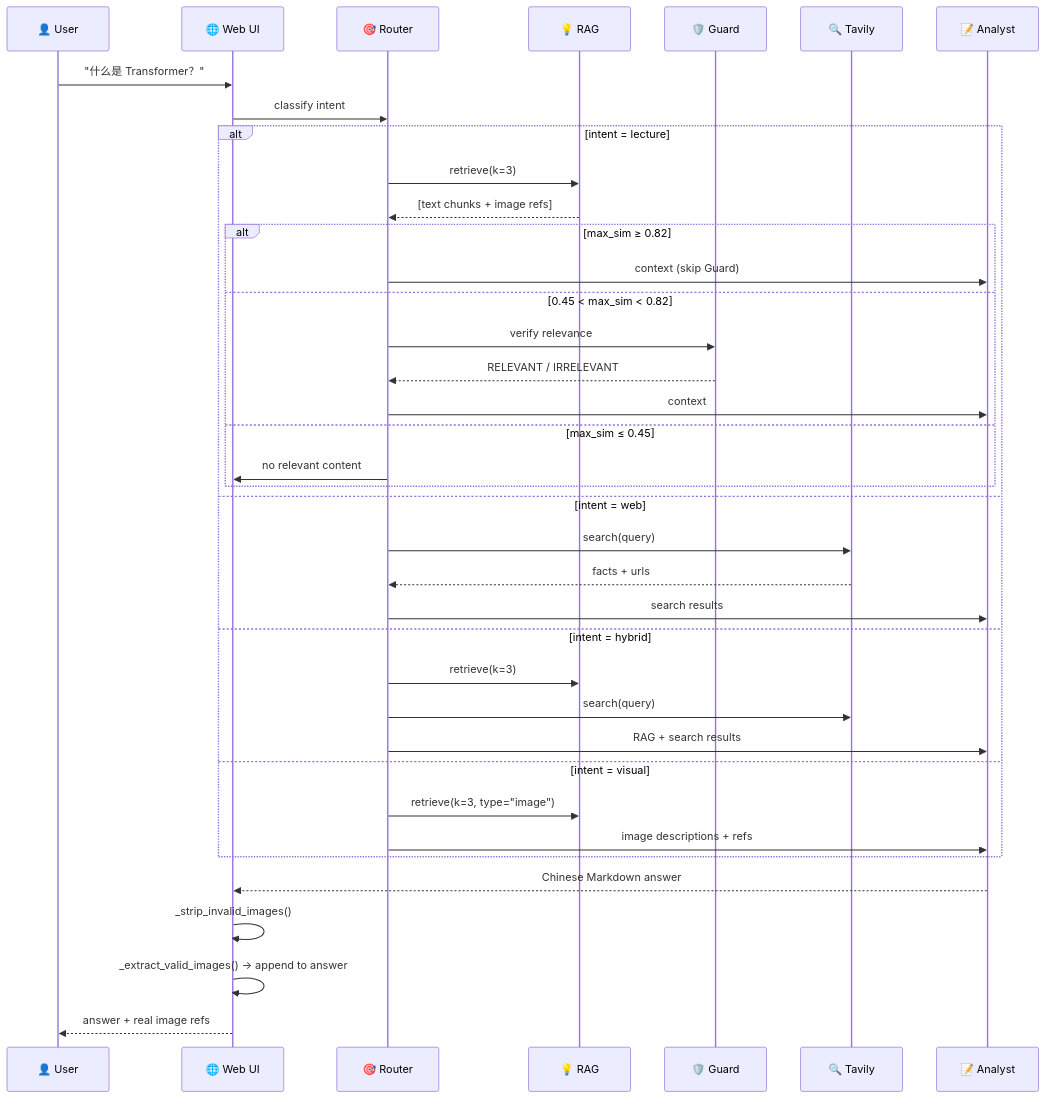
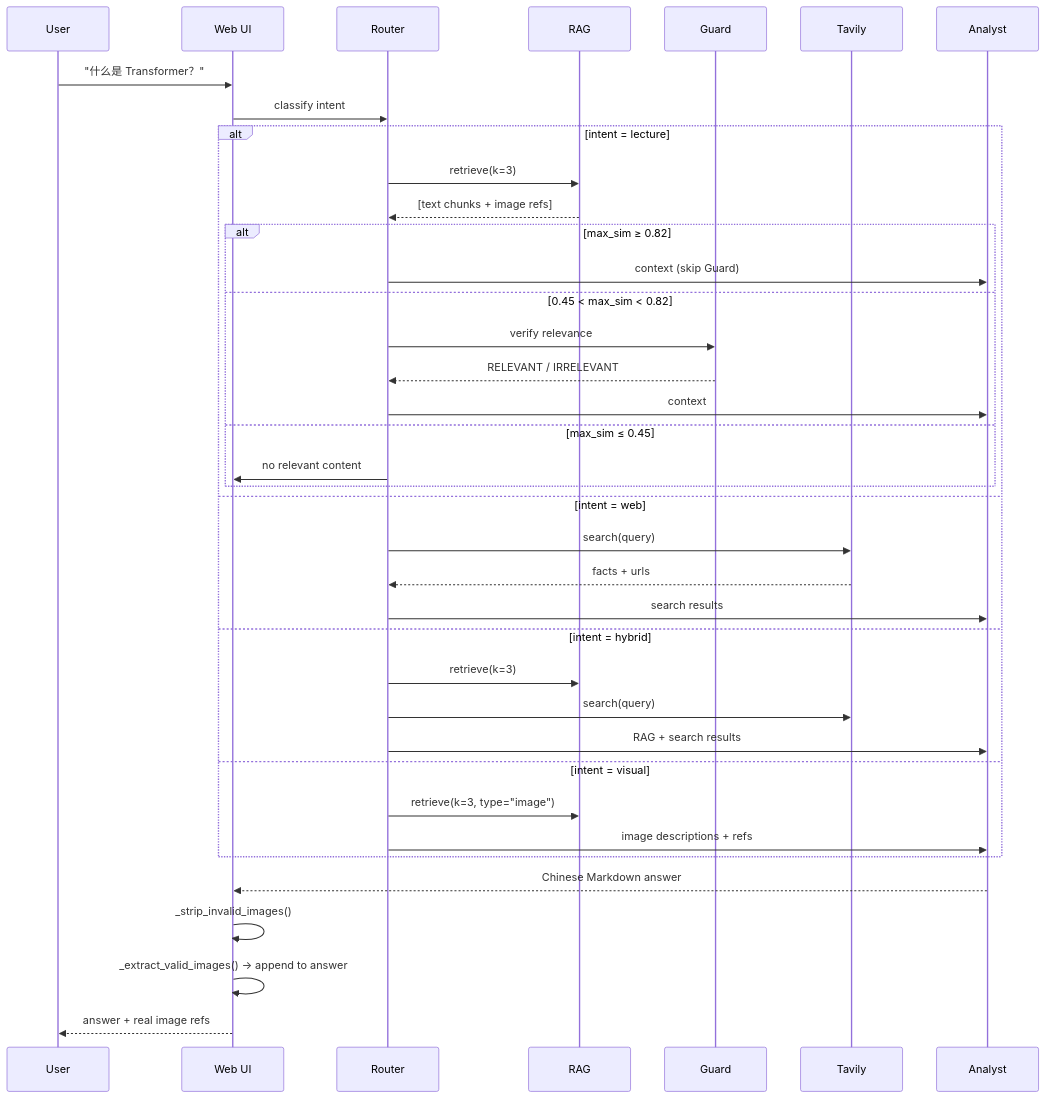
The third of 5 diagrams in picts/diagrams.md (spirit-revenge/multi-agent), drawn with Mermaid before and after one commit. The commit also changed other lines of this file and 8 other files, not shown here.

````diff
--- a/picts/diagrams.md
+++ b/picts/diagrams.md
@@ -100,47 +100,47 @@
 ```mermaid
 sequenceDiagram
-    participant User as 👤 User
-    participant Web as 🌐 Web UI
-    participant Route as 🎯 Router
-    participant RAG as 💡 RAG
-    participant Guard as 🛡️ Guard
-    participant Search as 🔍 Tavily
-    participant Analyst as 📝 Analyst
+    participant User as User
+    participant Web as Web UI
+    participant Route as Router
+    participant RAG as RAG
+    participant Guard as Guard
+    participant Search as Tavily
+    participant Analyst as Analyst
 
     User->>Web: "什么是 Transformer？"
     Web->>Route: classify intent
     
     alt intent = lecture
         Route->>RAG: retrieve(k=3)
         RAG-->>Route: [text chunks + image refs]
         
         alt max_sim ≥ 0.82
             Route->>Analyst: context (skip Guard)
         else 0.45 < max_sim < 0.82
             Route->>Guard: verify relevance
             Guard-->>Route: RELEVANT / IRRELEVANT
             Route->>Analyst: context
         else max_sim ≤ 0.45
             Route->>Web: no relevant content
         end
         
     else intent = web
         Route->>Search: search(query)
         Search-->>Route: facts + urls
         Route->>Analyst: search results
         
     else intent = hybrid
         Route->>RAG: retrieve(k=3)
         Route->>Search: search(query)
         Route->>Analyst: RAG + search results
         
     else intent = visual
         Route->>RAG: retrieve(k=3, type="image")
         Route->>Analyst: image descriptions + refs
     end
     
     Analyst-->>Web: Chinese Markdown answer
     Web->>Web: _strip_invalid_images()
     Web->>Web: _extract_valid_images() → append to answer
     Web-->>User: answer + real image refs
 ```
````
